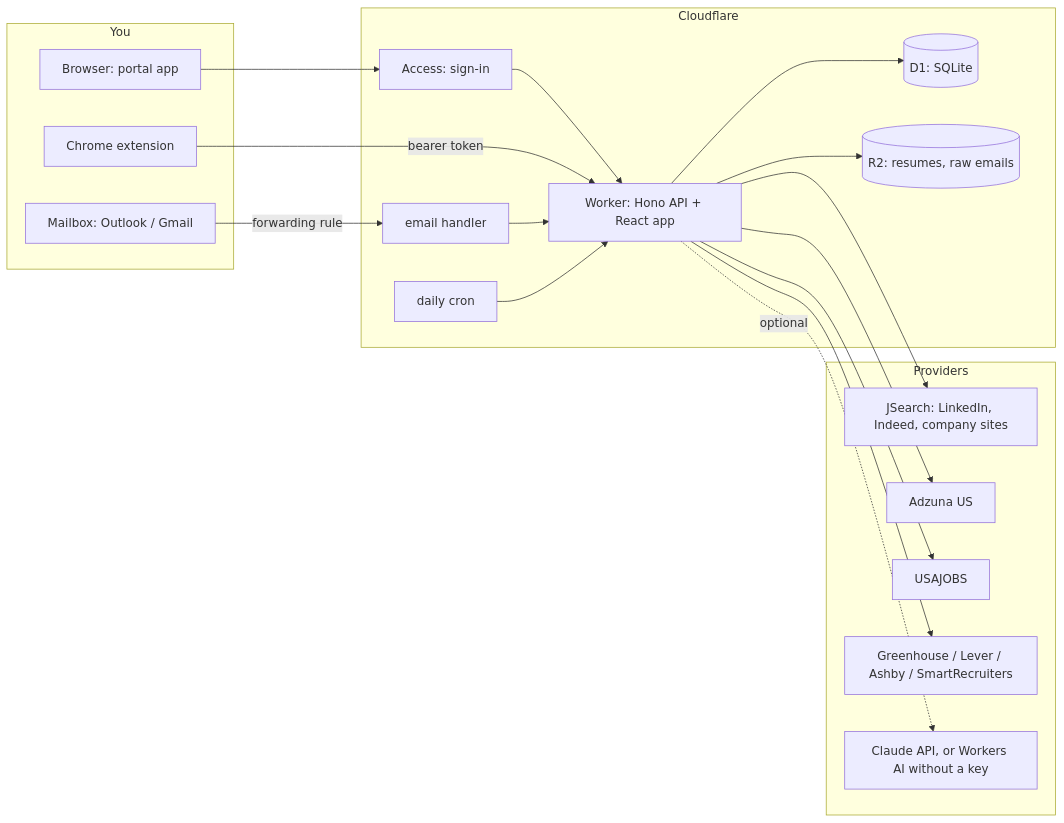
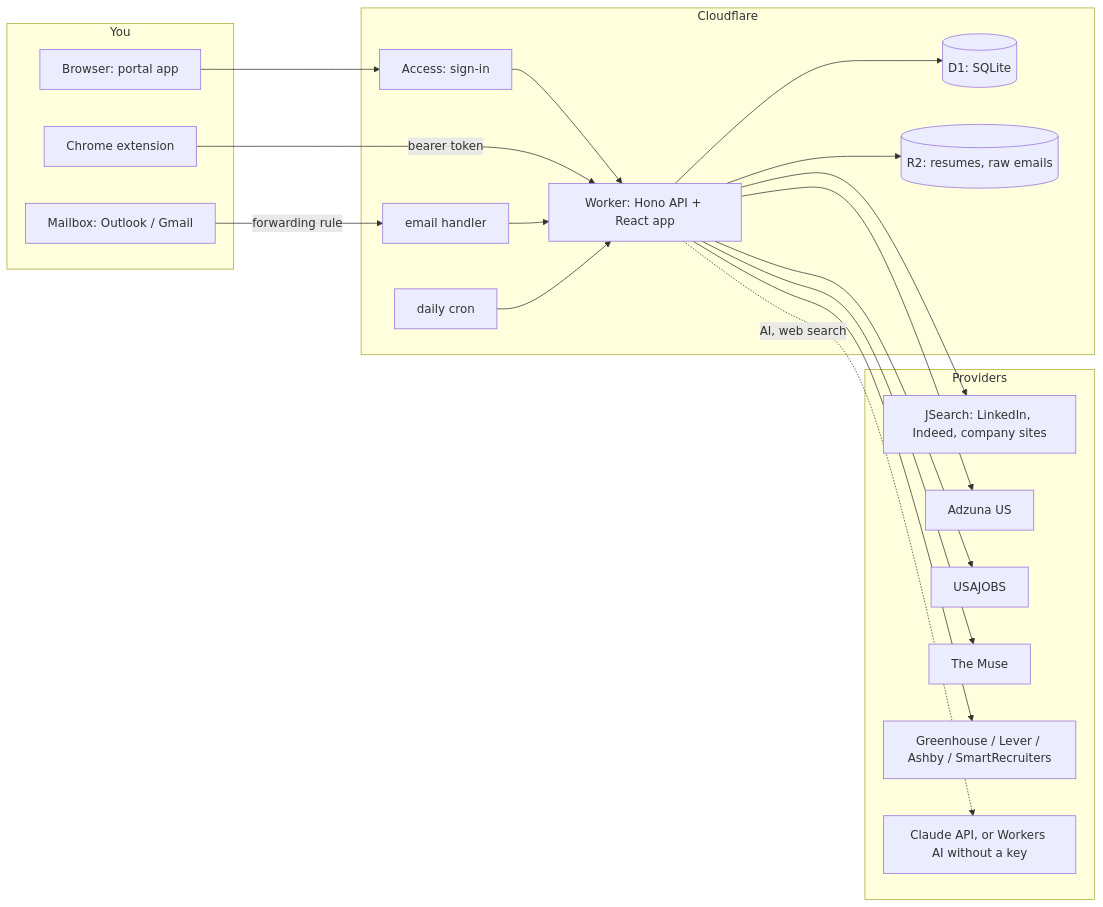
One commit to syl0523/resume-submission-portal changed the first of 3 diagrams in docs/architecture.md. Above: the diagram before and after it, drawn with Mermaid. The commit also changed other lines of this file and 5 other files, not shown here.

First line of the commit message:
KAN-63 KAN-65 KAN-66: docs for the Bay Area default, The Muse and web search

````diff
--- a/docs/architecture.md
+++ b/docs/architecture.md
@@ -30,32 +31,33 @@
 ```mermaid
 flowchart LR
   subgraph You
     B[Browser: portal app]
     X[Chrome extension]
     M[Mailbox: Outlook / Gmail]
   end
   subgraph Cloudflare
     A[Access: sign-in]
     W[Worker: Hono API + React app]
     E[email handler]
     C[daily cron]
     D[(D1: SQLite)]
     R[(R2: resumes, raw emails)]
   end
   subgraph Providers
     J[JSearch: LinkedIn, Indeed, company sites]
     Z[Adzuna US]
     U[USAJOBS]
+    T[The Muse]
     G[Greenhouse / Lever / Ashby / SmartRecruiters]
     AI[Claude API, or Workers AI without a key]
   end
   B --> A --> W
   X -- bearer token --> W
   M -- forwarding rule --> E
   E --> W
   C --> W
   W --> D
   W --> R
-  W --> J & Z & U & G
-  W -. optional .-> AI
+  W --> J & Z & U & T & G
+  W -. AI, web search .-> AI
 ```
````
